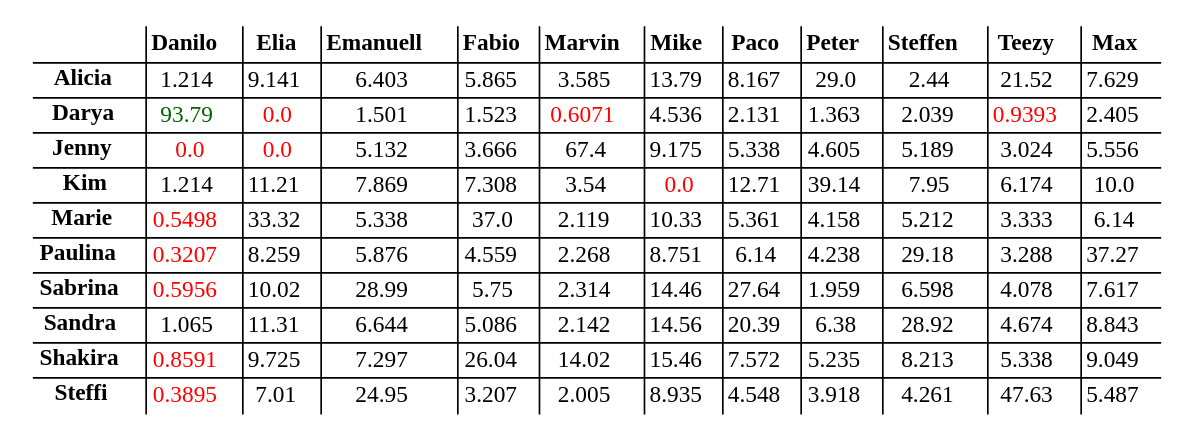
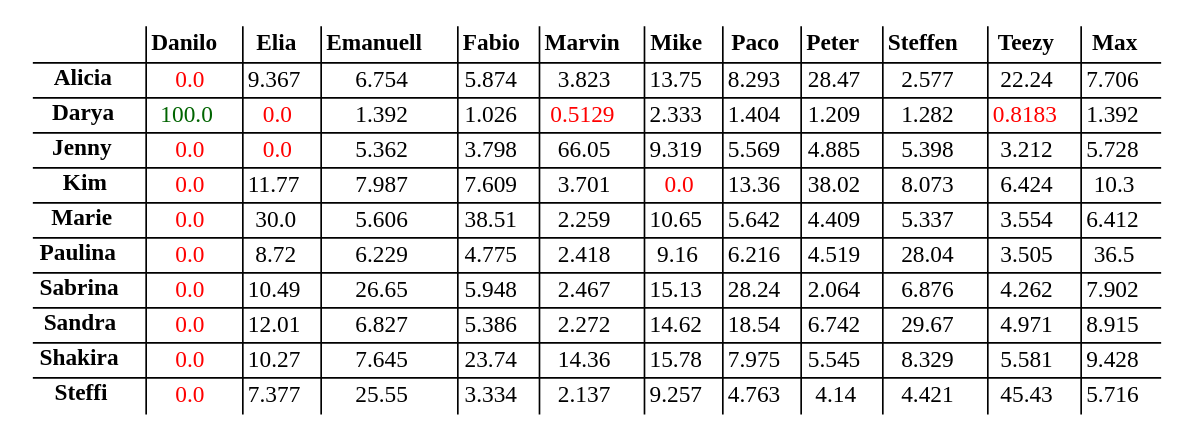
One commit to atticus-sullivan/sim-ayto changed the diagram in s03r/s03r_tab.dot. Above: the diagram before and after it, drawn with Graphviz. The commit also changed 6 other files, not shown here.

```diff
--- a/s03r/s03r_tab.dot
+++ b/s03r/s03r_tab.dot
@@ -1,148 +1,148 @@
 digraph structs { node[shape=plaintext] struct[label=<
 <table cellspacing="2" border="0" rows="*" columns="*">
 <tr>
 <td></td>
 <td><B>Danilo</B></td>
 <td><B>Elia</B></td>
 <td><B>Emanuell</B></td>
 <td><B>Fabio</B></td>
 <td><B>Marvin</B></td>
 <td><B>Mike</B></td>
 <td><B>Paco</B></td>
 <td><B>Peter</B></td>
 <td><B>Steffen</B></td>
 <td><B>Teezy</B></td>
 <td><B>Max</B></td>
 </tr>
 <tr><td><B>Alicia</B></td>
-<td><font color="black">1.214</font></td>
-<td><font color="black">9.141</font></td>
-<td><font color="black">6.403</font></td>
-<td><font color="black">5.865</font></td>
-<td><font color="black">3.585</font></td>
-<td><font color="black">13.79</font></td>
-<td><font color="black">8.167</font></td>
-<td><font color="black">29.0</font></td>
-<td><font color="black">2.44</font></td>
-<td><font color="black">21.52</font></td>
-<td><font color="black">7.629</font></td>
+<td><font color="red">0.0</font></td>
+<td><font color="black">9.367</font></td>
+<td><font color="black">6.754</font></td>
+<td><font color="black">5.874</font></td>
+<td><font color="black">3.823</font></td>
+<td><font color="black">13.75</font></td>
+<td><font color="black">8.293</font></td>
+<td><font color="black">28.47</font></td>
+<td><font color="black">2.577</font></td>
+<td><font color="black">22.24</font></td>
+<td><font color="black">7.706</font></td>
 </tr>
 <tr><td><B>Darya</B></td>
-<td><font color="darkgreen">93.79</font></td>
+<td><font color="darkgreen">100.0</font></td>
 <td><font color="red">0.0</font></td>
-<td><font color="black">1.501</font></td>
-<td><font color="black">1.523</font></td>
-<td><font color="red">0.6071</font></td>
-<td><font color="black">4.536</font></td>
-<td><font color="black">2.131</font></td>
-<td><font color="black">1.363</font></td>
-<td><font color="black">2.039</font></td>
-<td><font color="red">0.9393</font></td>
-<td><font color="black">2.405</font></td>
+<td><font color="black">1.392</font></td>
+<td><font color="black">1.026</font></td>
+<td><font color="red">0.5129</font></td>
+<td><font color="black">2.333</font></td>
+<td><font color="black">1.404</font></td>
+<td><font color="black">1.209</font></td>
+<td><font color="black">1.282</font></td>
+<td><font color="red">0.8183</font></td>
+<td><font color="black">1.392</font></td>
 </tr>
 <tr><td><B>Jenny</B></td>
 <td><font color="red">0.0</font></td>
 <td><font color="red">0.0</font></td>
-<td><font color="black">5.132</font></td>
-<td><font color="black">3.666</font></td>
-<td><font color="black">67.4</font></td>
-<td><font color="black">9.175</font></td>
-<td><font color="black">5.338</font></td>
-<td><font color="black">4.605</font></td>
-<td><font color="black">5.189</font></td>
-<td><font color="black">3.024</font></td>
-<td><font color="black">5.556</font></td>
+<td><font color="black">5.362</font></td>
+<td><font color="black">3.798</font></td>
+<td><font color="black">66.05</font></td>
+<td><font color="black">9.319</font></td>
+<td><font color="black">5.569</font></td>
+<td><font color="black">4.885</font></td>
+<td><font color="black">5.398</font></td>
+<td><font color="black">3.212</font></td>
+<td><font color="black">5.728</font></td>
 </tr>
 <tr><td><B>Kim</B></td>
-<td><font color="black">1.214</font></td>
-<td><font color="black">11.21</font></td>
-<td><font color="black">7.869</font></td>
-<td><font color="black">7.308</font></td>
-<td><font color="black">3.54</font></td>
 <td><font color="red">0.0</font></td>
-<td><font color="black">12.71</font></td>
-<td><font color="black">39.14</font></td>
-<td><font color="black">7.95</font></td>
-<td><font color="black">6.174</font></td>
-<td><font color="black">10.0</font></td>
+<td><font color="black">11.77</font></td>
+<td><font color="black">7.987</font></td>
+<td><font color="black">7.609</font></td>
+<td><font color="black">3.701</font></td>
+<td><font color="red">0.0</font></td>
+<td><font color="black">13.36</font></td>
+<td><font color="black">38.02</font></td>
+<td><font color="black">8.073</font></td>
+<td><font color="black">6.424</font></td>
+<td><font color="black">10.3</font></td>
 </tr>
 <tr><td><B>Marie</B></td>
-<td><font color="red">0.5498</font></td>
-<td><font color="black">33.32</font></td>
-<td><font color="black">5.338</font></td>
-<td><font color="black">37.0</font></td>
-<td><font color="black">2.119</font></td>
-<td><font color="black">10.33</font></td>
-<td><font color="black">5.361</font></td>
-<td><font color="black">4.158</font></td>
-<td><font color="black">5.212</font></td>
-<td><font color="black">3.333</font></td>
-<td><font color="black">6.14</font></td>
+<td><font color="red">0.0</font></td>
+<td><font color="black">30.0</font></td>
+<td><font color="black">5.606</font></td>
+<td><font color="black">38.51</font></td>
+<td><font color="black">2.259</font></td>
+<td><font color="black">10.65</font></td>
+<td><font color="black">5.642</font></td>
+<td><font color="black">4.409</font></td>
+<td><font color="black">5.337</font></td>
+<td><font color="black">3.554</font></td>
+<td><font color="black">6.412</font></td>
 </tr>
 <tr><td><B>Paulina</B></td>
-<td><font color="red">0.3207</font></td>
-<td><font color="black">8.259</font></td>
-<td><font color="black">5.876</font></td>
-<td><font color="black">4.559</font></td>
-<td><font color="black">2.268</font></td>
-<td><font color="black">8.751</font></td>
-<td><font color="black">6.14</font></td>
-<td><font color="black">4.238</font></td>
-<td><font color="black">29.18</font></td>
-<td><font color="black">3.288</font></td>
-<td><font color="black">37.27</font></td>
+<td><font color="red">0.0</font></td>
+<td><font color="black">8.72</font></td>
+<td><font color="black">6.229</font></td>
+<td><font color="black">4.775</font></td>
+<td><font color="black">2.418</font></td>
+<td><font color="black">9.16</font></td>
+<td><font color="black">6.216</font></td>
+<td><font color="black">4.519</font></td>
+<td><font color="black">28.04</font></td>
+<td><font color="black">3.505</font></td>
+<td><font color="black">36.5</font></td>
 </tr>
 <tr><td><B>Sabrina</B></td>
-<td><font color="red">0.5956</font></td>
-<td><font color="black">10.02</font></td>
-<td><font color="black">28.99</font></td>
-<td><font color="black">5.75</font></td>
-<td><font color="black">2.314</font></td>
-<td><font color="black">14.46</font></td>
-<td><font color="black">27.64</font></td>
-<td><font color="black">1.959</font></td>
-<td><font color="black">6.598</font></td>
-<td><font color="black">4.078</font></td>
-<td><font color="black">7.617</font></td>
+<td><font color="red">0.0</font></td>
+<td><font color="black">10.49</font></td>
+<td><font color="black">26.65</font></td>
+<td><font color="black">5.948</font></td>
+<td><font color="black">2.467</font></td>
+<td><font color="black">15.13</font></td>
+<td><font color="black">28.24</font></td>
+<td><font color="black">2.064</font></td>
+<td><font color="black">6.876</font></td>
+<td><font color="black">4.262</font></td>
+<td><font color="black">7.902</font></td>
 </tr>
 <tr><td><B>Sandra</B></td>
-<td><font color="black">1.065</font></td>
-<td><font color="black">11.31</font></td>
-<td><font color="black">6.644</font></td>
-<td><font color="black">5.086</font></td>
-<td><font color="black">2.142</font></td>
-<td><font color="black">14.56</font></td>
-<td><font color="black">20.39</font></td>
-<td><font color="black">6.38</font></td>
-<td><font color="black">28.92</font></td>
-<td><font color="black">4.674</font></td>
-<td><font color="black">8.843</font></td>
+<td><font color="red">0.0</font></td>
+<td><font color="black">12.01</font></td>
+<td><font color="black">6.827</font></td>
+<td><font color="black">5.386</font></td>
+<td><font color="black">2.272</font></td>
+<td><font color="black">14.62</font></td>
+<td><font color="black">18.54</font></td>
+<td><font color="black">6.742</font></td>
+<td><font color="black">29.67</font></td>
+<td><font color="black">4.971</font></td>
+<td><font color="black">8.915</font></td>
 </tr>
 <tr><td><B>Shakira</B></td>
-<td><font color="red">0.8591</font></td>
-<td><font color="black">9.725</font></td>
-<td><font color="black">7.297</font></td>
-<td><font color="black">26.04</font></td>
-<td><font color="black">14.02</font></td>
-<td><font color="black">15.46</font></td>
-<td><font color="black">7.572</font></td>
-<td><font color="black">5.235</font></td>
-<td><font color="black">8.213</font></td>
-<td><font color="black">5.338</font></td>
-<td><font color="black">9.049</font></td>
+<td><font color="red">0.0</font></td>
+<td><font color="black">10.27</font></td>
+<td><font color="black">7.645</font></td>
+<td><font color="black">23.74</font></td>
+<td><font color="black">14.36</font></td>
+<td><font color="black">15.78</font></td>
+<td><font color="black">7.975</font></td>
+<td><font color="black">5.545</font></td>
+<td><font color="black">8.329</font></td>
+<td><font color="black">5.581</font></td>
+<td><font color="black">9.428</font></td>
 </tr>
 <tr><td><B>Steffi</B></td>
-<td><font color="red">0.3895</font></td>
-<td><font color="black">7.01</font></td>
-<td><font color="black">24.95</font></td>
-<td><font color="black">3.207</font></td>
-<td><font color="black">2.005</font></td>
-<td><font color="black">8.935</font></td>
-<td><font color="black">4.548</font></td>
-<td><font color="black">3.918</font></td>
-<td><font color="black">4.261</font></td>
-<td><font color="black">47.63</font></td>
-<td><font color="black">5.487</font></td>
+<td><font color="red">0.0</font></td>
+<td><font color="black">7.377</font></td>
+<td><font color="black">25.55</font></td>
+<td><font color="black">3.334</font></td>
+<td><font color="black">2.137</font></td>
+<td><font color="black">9.257</font></td>
+<td><font color="black">4.763</font></td>
+<td><font color="black">4.14</font></td>
+<td><font color="black">4.421</font></td>
+<td><font color="black">45.43</font></td>
+<td><font color="black">5.716</font></td>
 </tr>
 </table>
 >];}
```
